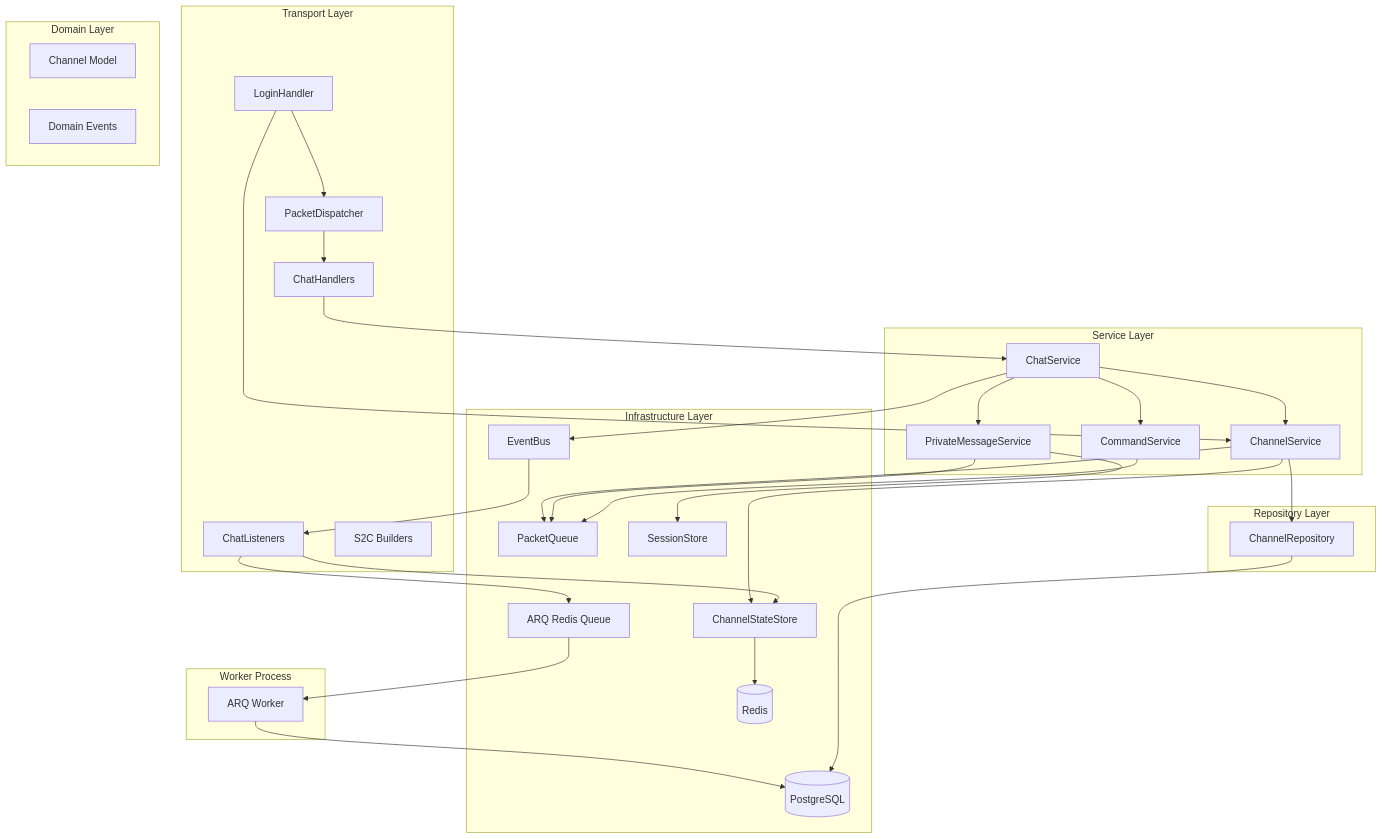
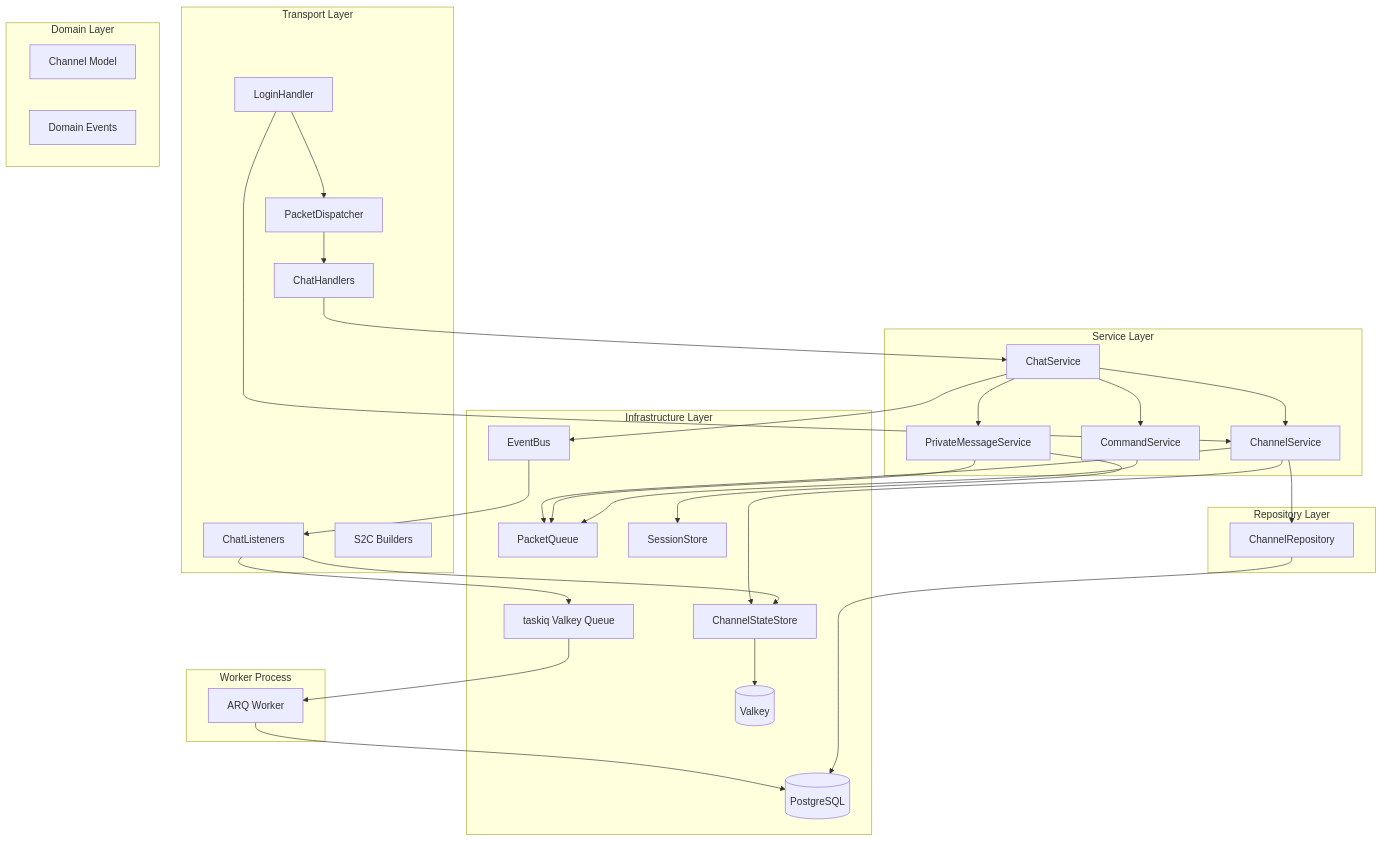
One commit to Reticulmz/athena changed the first of 3 diagrams in .kiro/specs/channel-system/design.md. Above: the diagram before and after it, drawn with Mermaid. The commit also changed other lines of this file and 73 other files, not shown here.

First line of the commit message:
feat(valkey-migration): redis-py/ARQ → valkey-glide/taskiq 完全移行

````diff
--- a/.kiro/specs/channel-system/design.md
+++ b/.kiro/specs/channel-system/design.md
@@ -107,62 +107,62 @@
 ```mermaid
 graph TB
     subgraph Transport Layer
         LP[LoginHandler]
         PD[PacketDispatcher]
         CH[ChatHandlers]
         CL[ChatListeners]
         S2C[S2C Builders]
     end
 
     subgraph Service Layer
         CS[ChatService]
         CHS[ChannelService]
         PMS[PrivateMessageService]
         CMS[CommandService]
     end
 
     subgraph Domain Layer
         CDM[Channel Model]
         EVT[Domain Events]
     end
 
     subgraph Repository Layer
         CR[ChannelRepository]
     end
 
     subgraph Infrastructure Layer
         CSS[ChannelStateStore]
         EB[EventBus]
         PQ[PacketQueue]
         SS[SessionStore]
-        ARQ[ARQ Redis Queue]
+        ARQ[taskiq Valkey Queue]
         DB[(PostgreSQL)]
-        RD[(Redis)]
+        RD[(Valkey)]
     end
 
     subgraph Worker Process
         W[ARQ Worker]
     end
 
     LP --> PD
     PD --> CH
     CH --> CS
     CS --> CHS
     CS --> PMS
     CS --> CMS
     CHS --> CR
     CHS --> CSS
     CHS --> PQ
     PMS --> PQ
     PMS --> SS
     CMS --> PQ
     CS --> EB
     EB --> CL
     CL --> ARQ
     CL --> CSS
     ARQ --> W
     W --> DB
     CR --> DB
     CSS --> RD
     LP --> CHS
 ```
````
